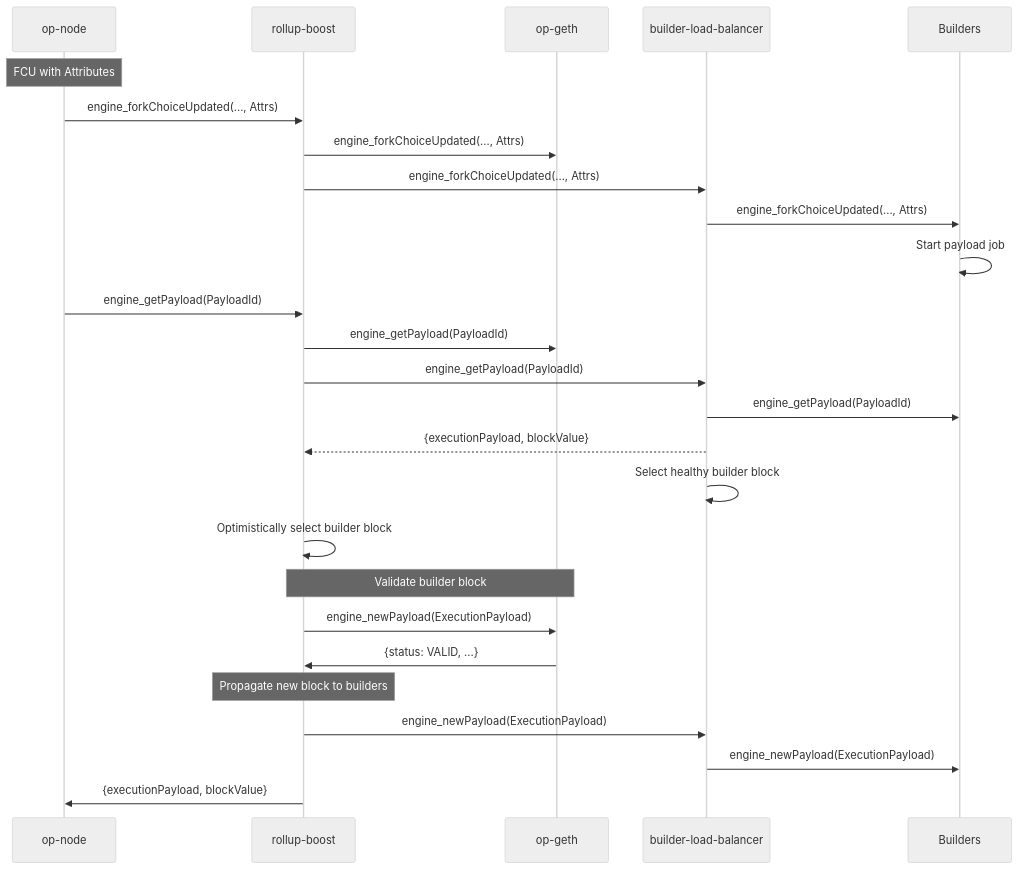
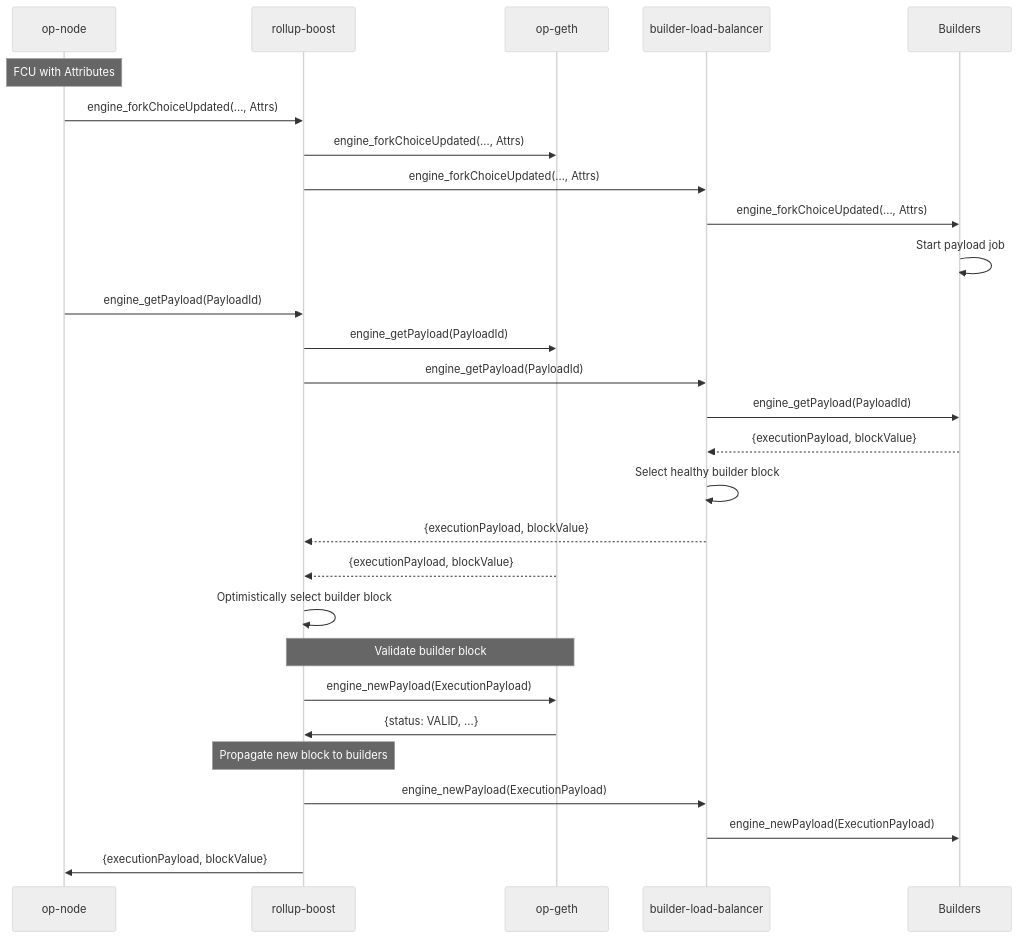
One commit to 0xKitsune/rollup-boost-ha-design changed the third of 3 diagrams in README.md. Above: the diagram before and after it, drawn with Mermaid (neutral theme).

Commit message:
fix: update builder load balancer sequence diagram

````diff
--- a/README.md
+++ b/README.md
@@ -243,41 +243,43 @@
 ```mermaid
 sequenceDiagram
     participant CL as op-node
     participant RB as rollup-boost
     participant EL as op-geth
     participant LB as builder-load-balancer
     participant B as Builders
 
     %% FCU forwarded with payload attrs
     Note over CL: FCU with Attributes
     CL->>RB: engine_forkChoiceUpdated(..., Attrs)
     RB->>EL: engine_forkChoiceUpdated(..., Attrs)
     RB->>LB: engine_forkChoiceUpdated(..., Attrs)
     LB->>B: engine_forkChoiceUpdated(..., Attrs)
     B->>B: Start payload job
 
     %% get_payload from builders
     CL->>RB: engine_getPayload(PayloadId)
     RB->>EL: engine_getPayload(PayloadId)
     RB->>LB: engine_getPayload(PayloadId)
     LB->>B: engine_getPayload(PayloadId)
+    B-->>LB: {executionPayload, blockValue}
+    LB->>LB: Select healthy builder block 
     LB-->>RB: {executionPayload, blockValue}
-    LB->>LB: Select healthy builder block 
+    EL-->>RB: {executionPayload, blockValue}
 
     %% block selection policy
     RB->>RB: Optimistically select builder block 
 
     %% Validate best payload
     Note over RB, EL: Validate builder block
     RB->>EL: engine_newPayload(ExecutionPayload)
     EL->>RB: {status: VALID, ...}
 
     %% Propagate block to builders
     Note over RB: Propagate new block to builders
     RB->>LB: engine_newPayload(ExecutionPayload)
     LB->>B: engine_newPayload(ExecutionPayload)
 
     %% Return final payload to op-node
     RB->>CL: {executionPayload, blockValue}
 
 ```
````
